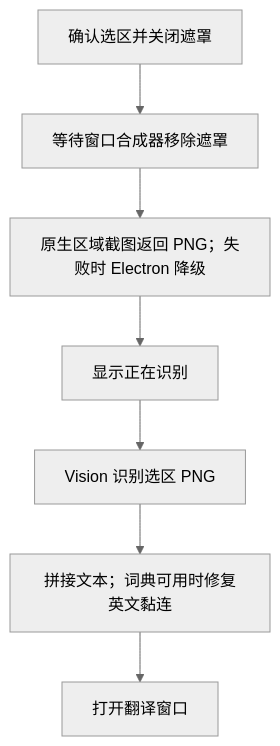
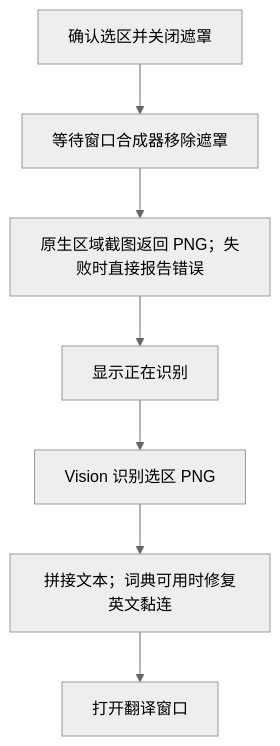
The sixth of 7 diagrams in docs/hover-and-screenshot-translation-flows.md (manxingxing/Dictol), drawn with Mermaid (neutral theme) before and after one commit. The commit also changed other lines of this file and 54 other files, not shown here.

````diff
--- a/docs/hover-and-screenshot-translation-flows.md
+++ b/docs/hover-and-screenshot-translation-flows.md
@@ -86,9 +91,9 @@
 ```mermaid
 flowchart TD
     A[确认选区并关闭遮罩] --> B[等待窗口合成器移除遮罩]
-    B --> C[原生区域截图返回 PNG；失败时 Electron 降级]
+    B --> C[原生区域截图返回 PNG；失败时直接报告错误]
     C --> D[显示正在识别]
     D --> E[Vision 识别选区 PNG]
     E --> F[拼接文本；词典可用时修复英文黏连]
     F --> G[打开翻译窗口]
 ```
````
